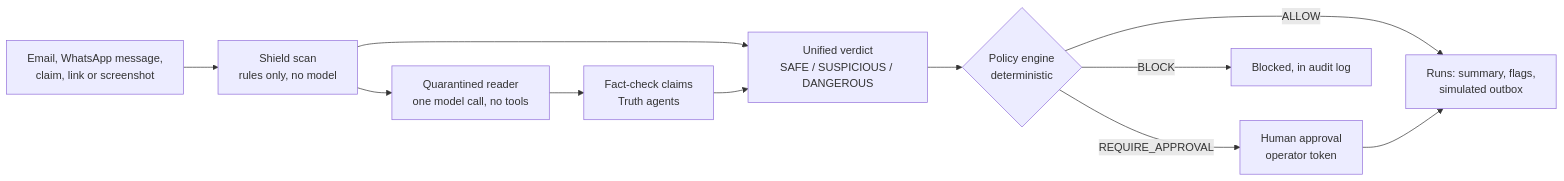
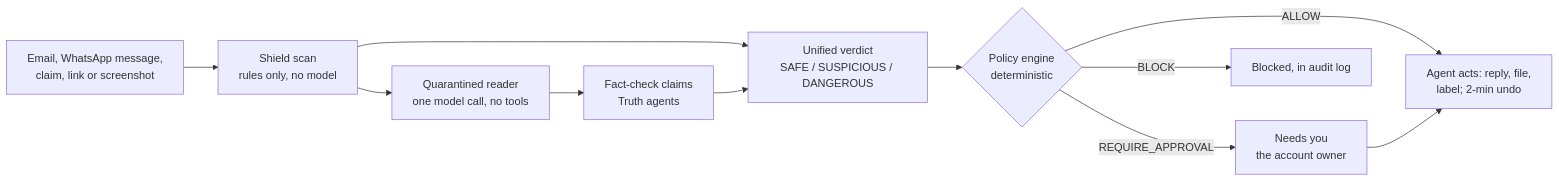
One commit to bbsarada07/FactFlow changed the diagram in README.md. Above: the diagram before and after it, drawn with Mermaid. The commit also changed other lines of this file and 15 other files, not shown here.

````diff
--- a/README.md
+++ b/README.md
@@ -79,13 +100,13 @@
 ```mermaid
 flowchart LR
     A[Email, WhatsApp message,<br/>claim, link or screenshot] --> B[Shield scan<br/>rules only, no model]
     B --> C[Quarantined reader<br/>one model call, no tools]
     C --> D[Fact-check claims<br/>Truth agents]
     B --> E[Unified verdict<br/>SAFE / SUSPICIOUS / DANGEROUS]
     D --> E
     E --> F{Policy engine<br/>deterministic}
-    F -->|ALLOW| G[Runs: summary, flags,<br/>simulated outbox]
-    F -->|REQUIRE_APPROVAL| H[Human approval<br/>operator token]
+    F -->|ALLOW| G[Agent acts: reply, file,<br/>label; 2-min undo]
+    F -->|REQUIRE_APPROVAL| H[Needs you<br/>the account owner]
     F -->|BLOCK| I[Blocked, in audit log]
     H --> G
 ```
````
